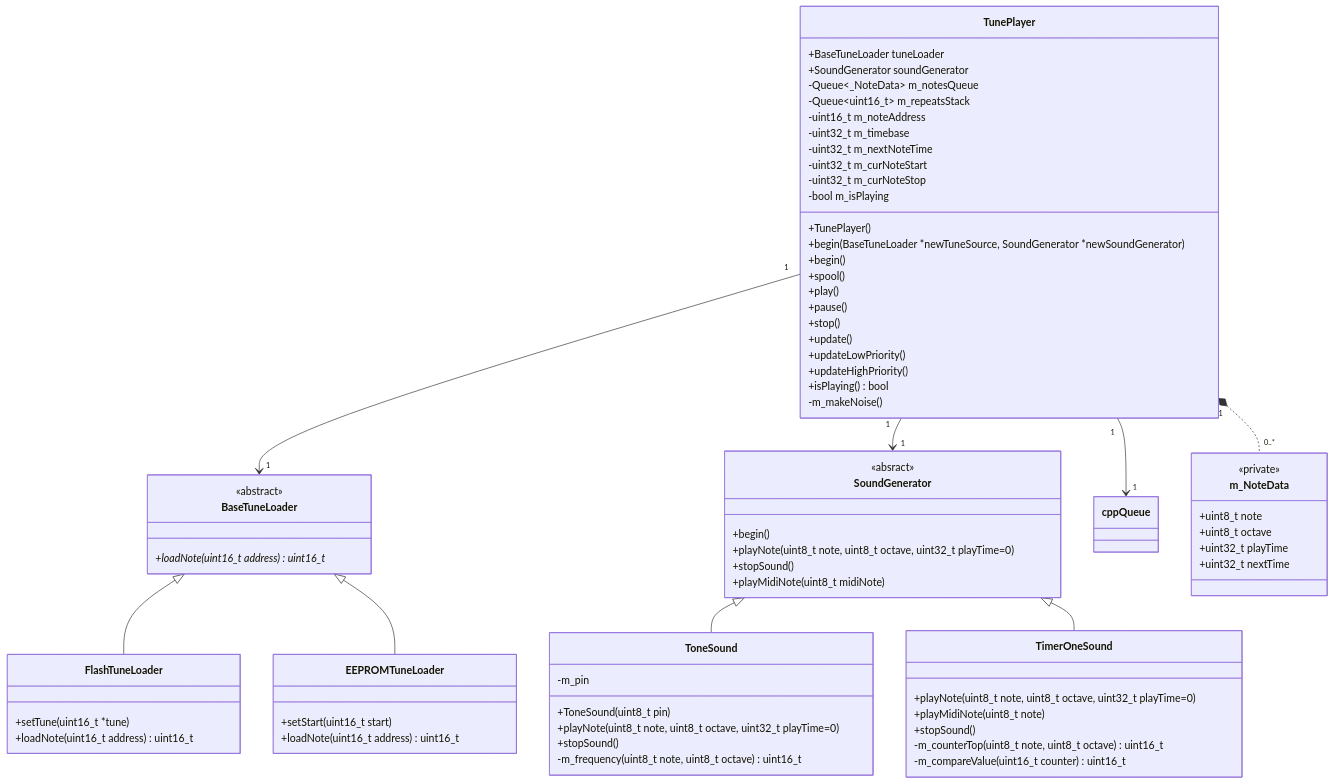
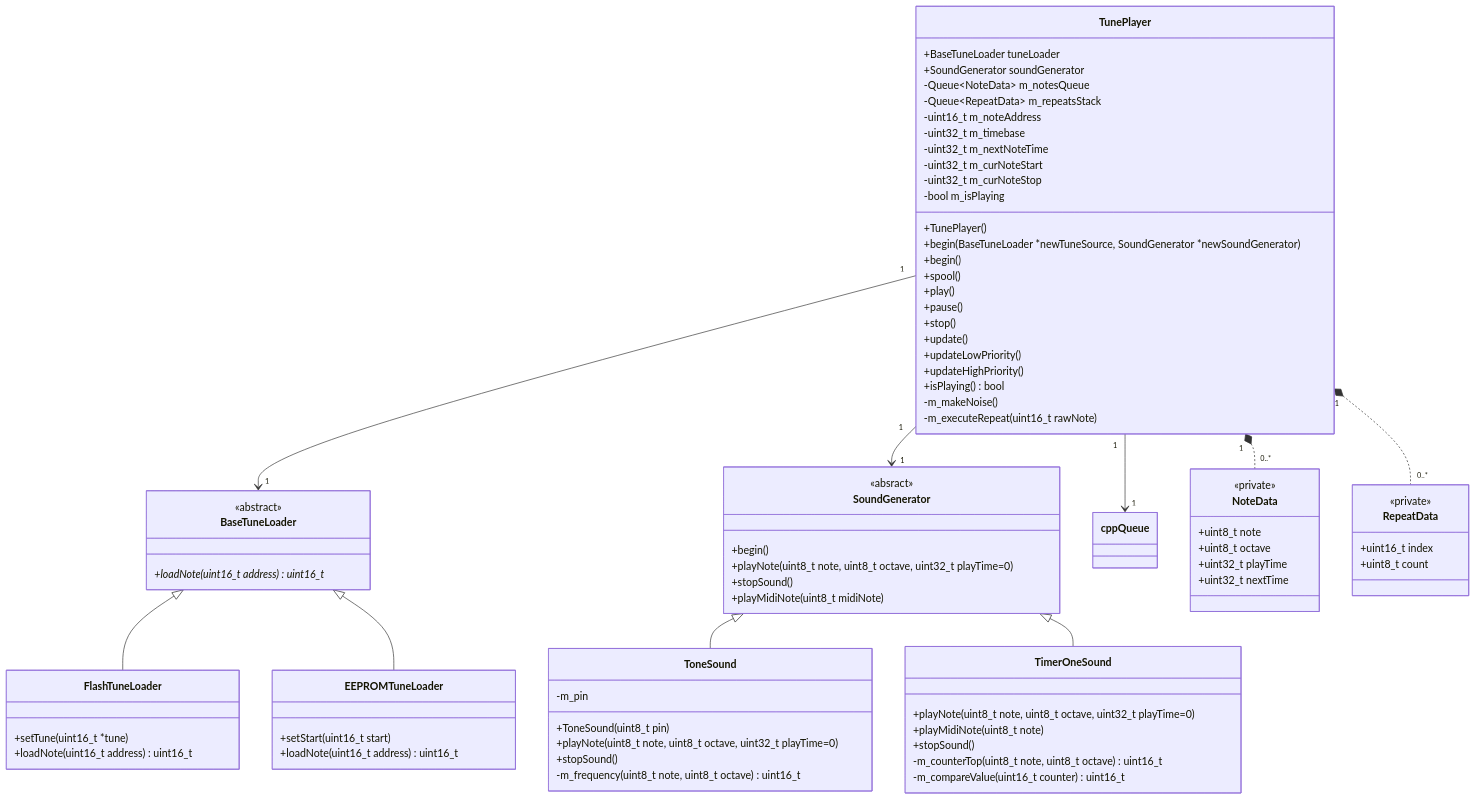
Before and after one commit to jgOhYeah/TunePlayer: the diagram in extras/images/ClassDiagram.mmd, drawn with Mermaid. The commit also changed 4 other files, not shown here.

```diff
--- a/extras/images/ClassDiagram.mmd
+++ b/extras/images/ClassDiagram.mmd
@@ -1,81 +1,90 @@
+%% mmdc -i ClassDiagram.mmd -o ClassDiagram.svg
 classDiagram
     BaseTuneLoader <|-- FlashTuneLoader
     BaseTuneLoader <|-- EEPROMTuneLoader
     SoundGenerator <|-- ToneSound
     SoundGenerator <|-- TimerOneSound
     TunePlayer "1" --> "1" BaseTuneLoader
     TunePlayer "1" --> "1" SoundGenerator
     TunePlayer "1" --> "1" cppQueue
-    TunePlayer "1" *.. "0..*" m_NoteData
+    TunePlayer "1" *.. "0..*" NoteData
+    TunePlayer "1" *.. "0..*" RepeatData
 
     class BaseTuneLoader {
         <<abstract>>
         +loadNote(uint16_t address)* uint16_t
     }
 
     class FlashTuneLoader {
         +setTune(uint16_t *tune)
         +loadNote(uint16_t address) uint16_t
     }
 
     class EEPROMTuneLoader {
         +setStart(uint16_t start)
         +loadNote(uint16_t address) uint16_t
     }
 
     class SoundGenerator {
         <<absract>>
         +begin()
         +playNote(uint8_t note, uint8_t octave, uint32_t playTime=0)
         +stopSound()
         +playMidiNote(uint8_t midiNote)
     }
 
     class ToneSound {
         +ToneSound(uint8_t pin)
         +playNote(uint8_t note, uint8_t octave, uint32_t playTime=0)
         +stopSound()
         -m_frequency(uint8_t note, uint8_t octave) uint16_t
         -m_pin
     }
 
     class TimerOneSound {
         +playNote(uint8_t note, uint8_t octave, uint32_t playTime=0)
         +playMidiNote(uint8_t note)
         +stopSound()
         -m_counterTop(uint8_t note, uint8_t octave) uint16_t
         -m_compareValue(uint16_t counter) uint16_t
     }
 
     class TunePlayer {
         +BaseTuneLoader tuneLoader
         +SoundGenerator soundGenerator
-        -Queue~_NoteData~ m_notesQueue
-        -Queue~uint16_t~ m_repeatsStack
+        -Queue~NoteData~ m_notesQueue
+        -Queue~RepeatData~ m_repeatsStack
         -uint16_t m_noteAddress
         -uint32_t m_timebase
         -uint32_t m_nextNoteTime
         -uint32_t m_curNoteStart
         -uint32_t m_curNoteStop
+        -bool m_isPlaying
         +TunePlayer()
         +begin(BaseTuneLoader *newTuneSource, SoundGenerator *newSoundGenerator)
         +begin()
         +spool()
         +play()
         +pause()
         +stop()
         +update()
         +updateLowPriority()
         +updateHighPriority()
         +isPlaying() bool
         -m_makeNoise()
-        -bool m_isPlaying
+        -m_executeRepeat(uint16_t rawNote)
     }
 
-    class m_NoteData {
+    class NoteData {
         <<private>>
         +uint8_t note
         +uint8_t octave
         +uint32_t playTime
         +uint32_t nextTime
     }
+
+    class RepeatData {
+        <<private>>
+        +uint16_t index
+        +uint8_t count
+    }
```
